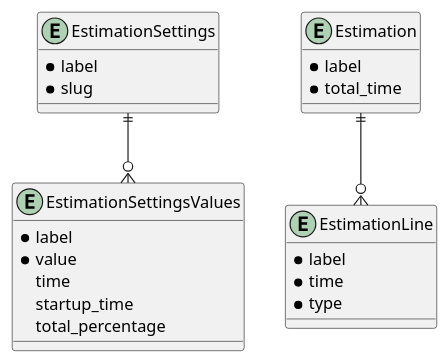
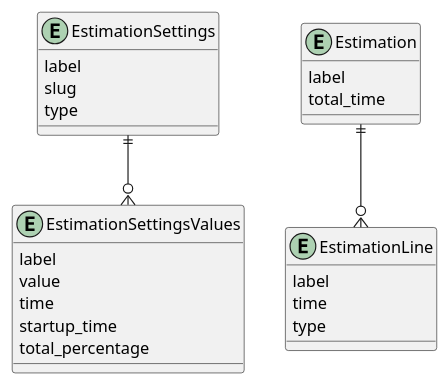
The diagram in docs/diagramme/diagramme.puml (Christophe-Guigniou/corrections-parcours), drawn with PlantUML before and after one commit. The commit also changed 7 other files, not shown here.

```diff
--- a/docs/diagramme/diagramme.puml
+++ b/docs/diagramme/diagramme.puml
@@ -1,29 +1,30 @@
 @startuml
 
 entity EstimationSettings {
-    *label
-    *slug
+    label
+    slug
+    type
 }
 
 entity EstimationSettingsValues {
-    *label
-    *value
+    label
+    value
     time
     startup_time
     total_percentage
 }
 
 entity Estimation {
-    *label
-    *total_time
+    label
+    total_time
 }
 
 entity EstimationLine {
-    *label
-    *time
-    *type
+    label
+    time
+    type
 }
 
 Estimation ||--o{ EstimationLine
 EstimationSettings ||--o{ EstimationSettingsValues
 @enduml
```
